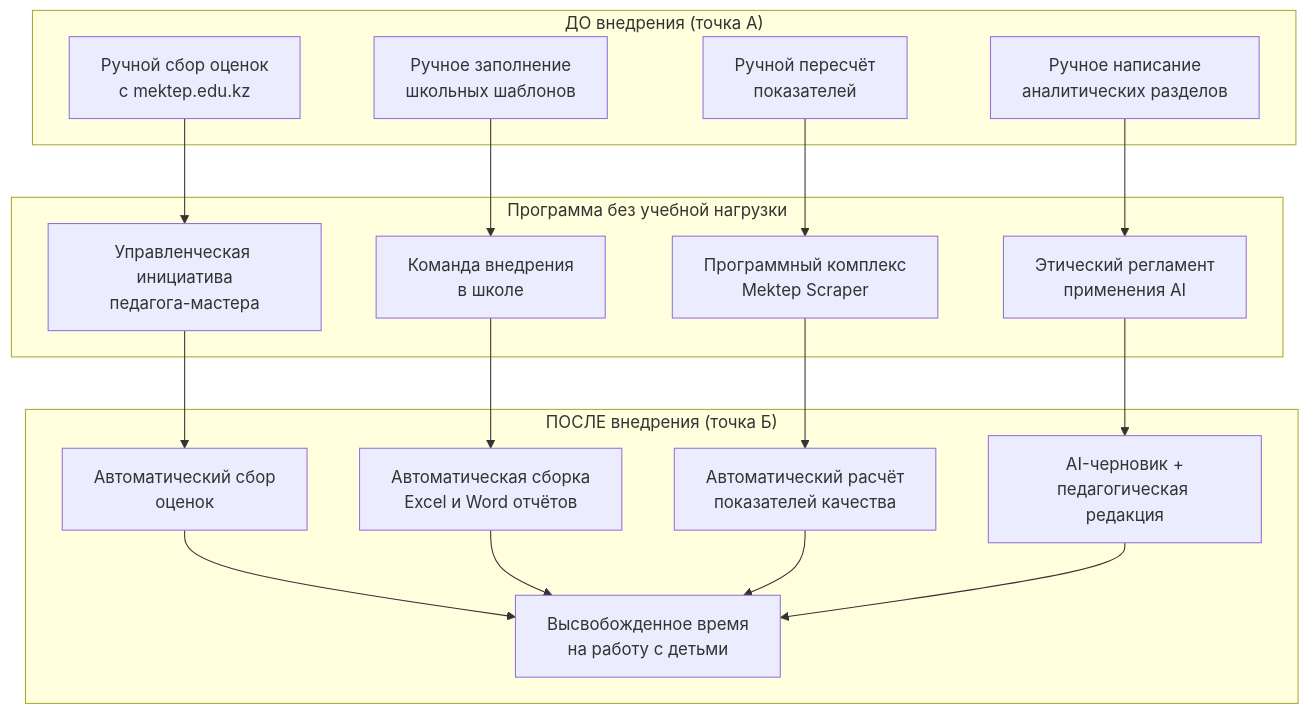
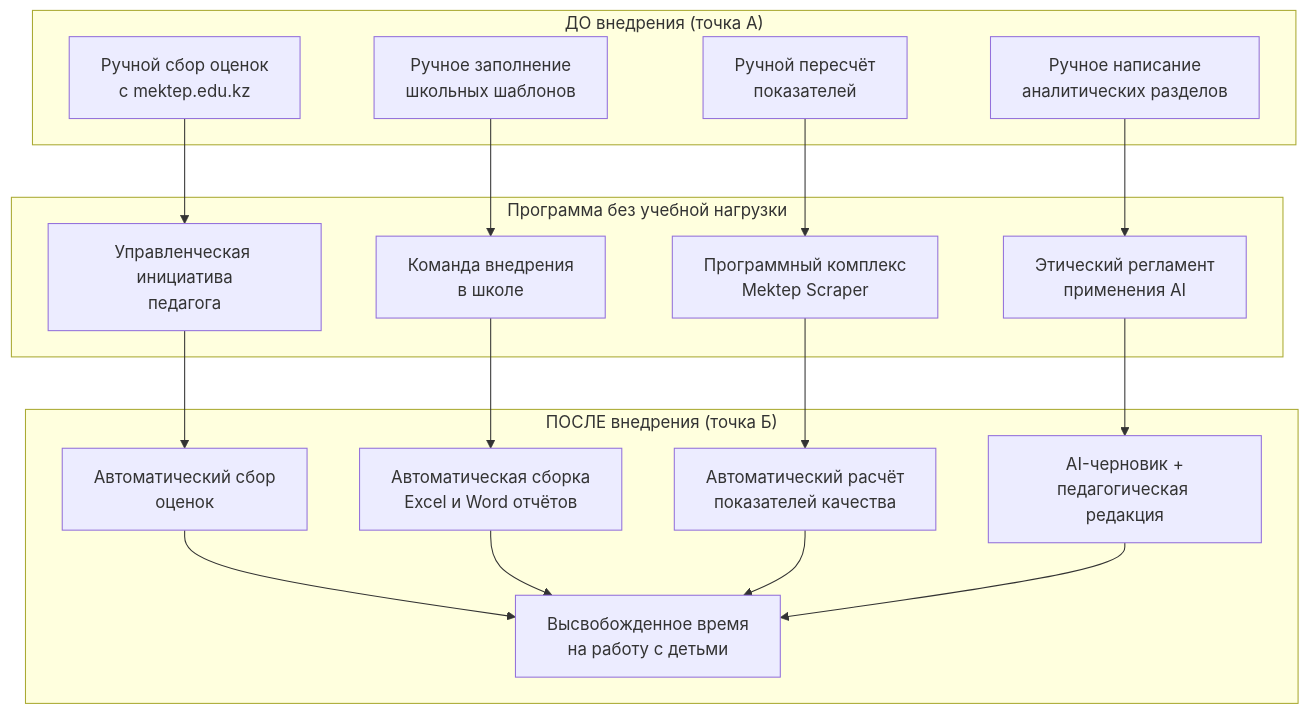
Before and after one commit to ed-baer97/pdf-to-excel-scraper-main: the second of 8 diagrams in АВТОРСКАЯ_ПРОГРАММА_БЕЗ_НАГРУЗКИ.md, drawn with Mermaid. The commit also changed other lines of this file and 15 other files, not shown here.

````diff
--- a/АВТОРСКАЯ_ПРОГРАММА_БЕЗ_НАГРУЗКИ.md
+++ b/АВТОРСКАЯ_ПРОГРАММА_БЕЗ_НАГРУЗКИ.md
@@ -210,33 +225,33 @@
 ```mermaid
 flowchart TB
     subgraph "ДО внедрения (точка А)"
         A1[Ручной сбор оценок<br/>с mektep.edu.kz]
         A2[Ручное заполнение<br/>школьных шаблонов]
         A3[Ручной пересчёт<br/>показателей]
         A4[Ручное написание<br/>аналитических разделов]
     end
 
     subgraph "Программа без учебной нагрузки"
-        B1[Управленческая инициатива<br/>педагога-мастера]
+        B1[Управленческая инициатива<br/>педагога]
         B2[Команда внедрения<br/>в школе]
         B3[Программный комплекс<br/>Mektep Scraper]
         B4[Этический регламент<br/>применения AI]
     end
 
     subgraph "ПОСЛЕ внедрения (точка Б)"
         C1[Автоматический сбор<br/>оценок]
         C2[Автоматическая сборка<br/>Excel и Word отчётов]
         C3[Автоматический расчёт<br/>показателей качества]
         C4[AI-черновик +<br/>педагогическая редакция]
         C5[Высвобожденное время<br/>на работу с детьми]
     end
 
     A1 --> B1 --> C1
     A2 --> B2 --> C2
     A3 --> B3 --> C3
     A4 --> B4 --> C4
     C1 --> C5
     C2 --> C5
     C3 --> C5
     C4 --> C5
 ```
````
